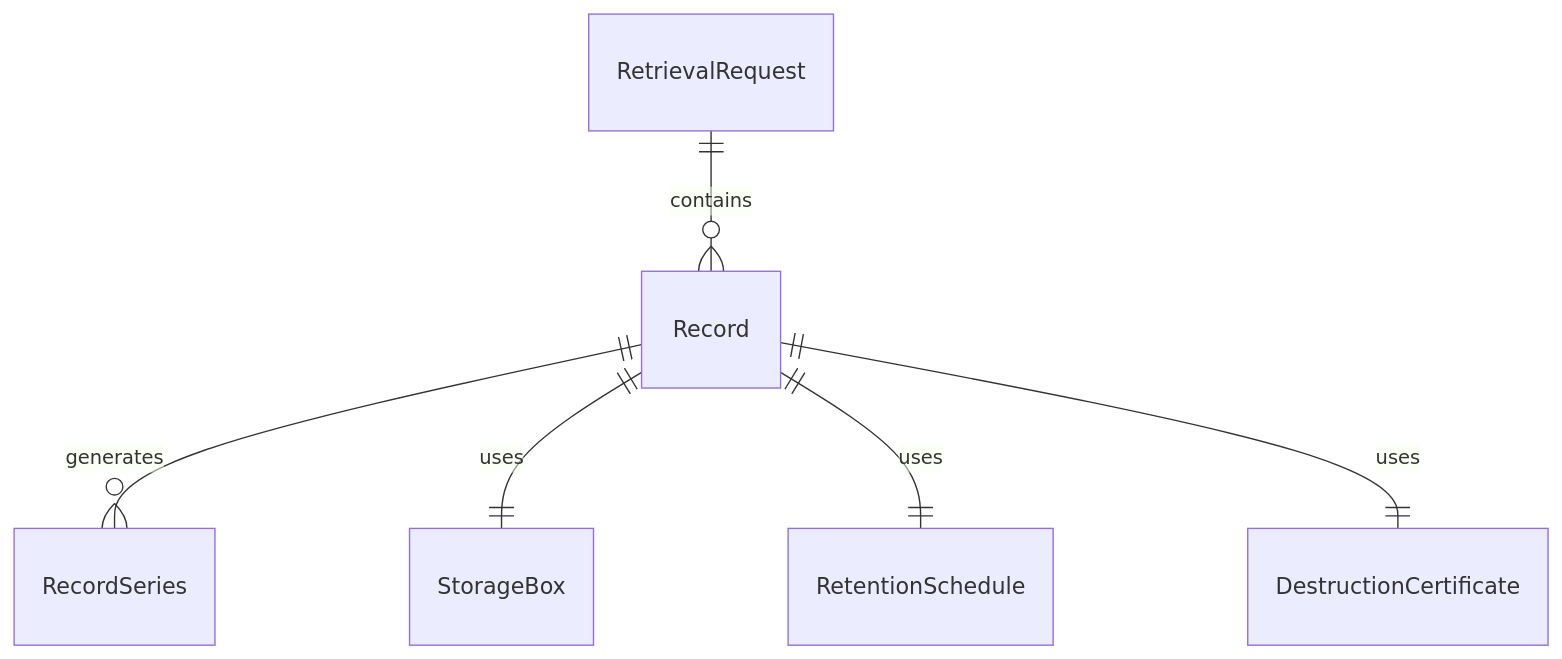
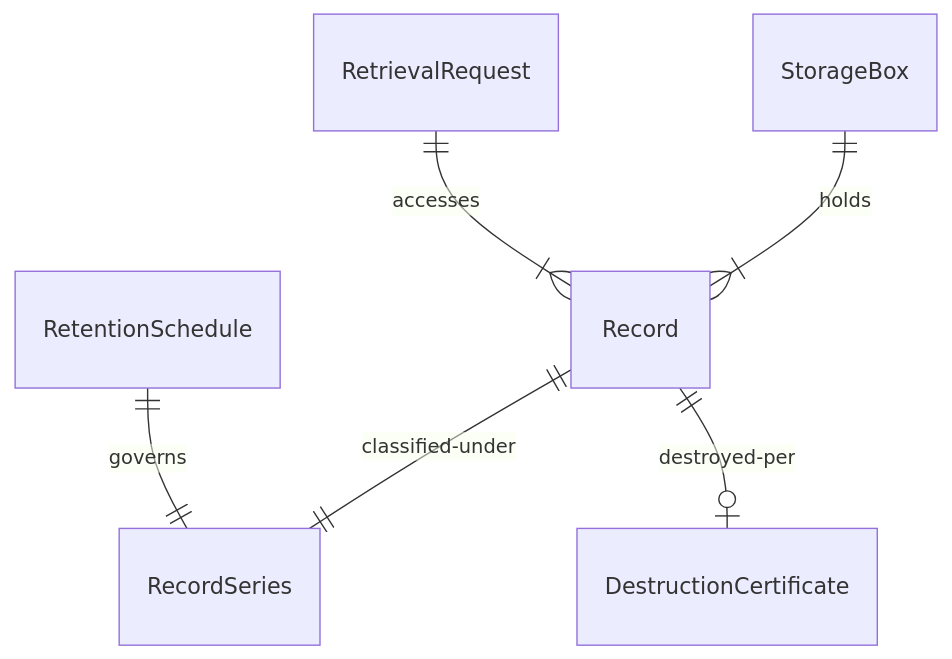
Before and after one commit to dot-org-ai/tasks.org.ai: the first of 4 diagrams in HandlingAndMovingObjects/StockSuppliesOrProducts/StoreRecordsRelatedMaterials.mdx, drawn with Mermaid. The commit also changed other lines of this file and 515 other files, not shown here.

````diff
--- a/HandlingAndMovingObjects/StockSuppliesOrProducts/StoreRecordsRelatedMaterials.mdx
+++ b/HandlingAndMovingObjects/StockSuppliesOrProducts/StoreRecordsRelatedMaterials.mdx
@@ -88,8 +88,8 @@
 ```mermaid
 erDiagram
-    Record ||--o{ RecordSeries : "generates"
-    Record ||--|| StorageBox : "uses"
-    Record ||--|| RetentionSchedule : "uses"
-    RetrievalRequest ||--o{ Record : "contains"
-    Record ||--|| DestructionCertificate : "uses"
+    Record ||--|| RecordSeries : "classified-under"
+    StorageBox ||--|{ Record : "holds"
+    RetentionSchedule ||--|| RecordSeries : "governs"
+    RetrievalRequest ||--|{ Record : "accesses"
+    Record ||--o| DestructionCertificate : "destroyed-per"
 ```
````
